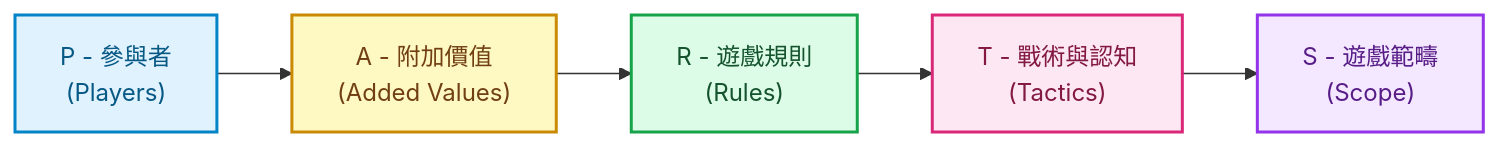
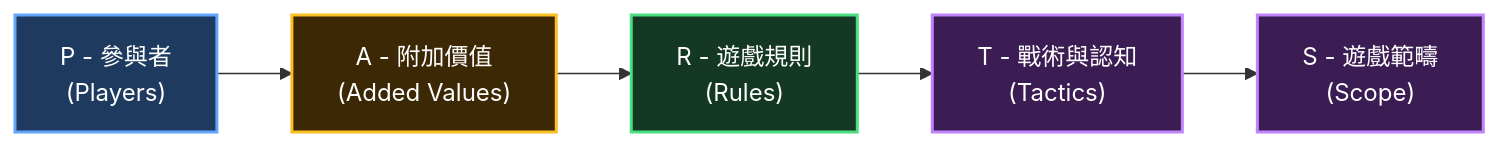
Before and after one commit to Jimlin0428/my-digital-garden: the third of 5 diagrams in src/site/notes/98_商業概念庫/strategy-coopetition_競合戰略 Coopetition.md, drawn with Mermaid. The commit also changed other lines of this file and 58 other files, not shown here.

````diff
--- a/src/site/notes/98_商業概念庫/strategy-coopetition_競合戰略 Coopetition.md
+++ b/src/site/notes/98_商業概念庫/strategy-coopetition_競合戰略 Coopetition.md
@@ -102,13 +102,13 @@
 ```mermaid
 flowchart LR
     P["P - 參與者<br>(Players)"] --> A["A - 附加價值<br>(Added Values)"]
     A --> R["R - 遊戲規則<br>(Rules)"]
     R --> T["T - 戰術與認知<br>(Tactics)"]
     T --> S["S - 遊戲範疇<br>(Scope)"]
 
-    style P fill:#e0f2fe,stroke:#0284c7,stroke-width:2px,color:#075985
-    style A fill:#fef9c3,stroke:#ca8a04,stroke-width:2px,color:#713f12
-    style R fill:#dcfce7,stroke:#16a34a,stroke-width:2px,color:#14532d
-    style T fill:#fce7f3,stroke:#db2777,stroke-width:2px,color:#831843
-    style S fill:#f3e8ff,stroke:#9333ea,stroke-width:2px,color:#581c87
+    style P fill:#1e3a5f,stroke:#60a5fa,stroke-width:2px,color:#ffffff
+    style A fill:#3d2806,stroke:#fbbf24,stroke-width:2px,color:#ffffff
+    style R fill:#143823,stroke:#4ade80,stroke-width:2px,color:#ffffff
+    style T fill:#3b1d54,stroke:#c084fc,stroke-width:2px,color:#ffffff
+    style S fill:#3b1d54,stroke:#c084fc,stroke-width:2px,color:#ffffff
 ```
````
